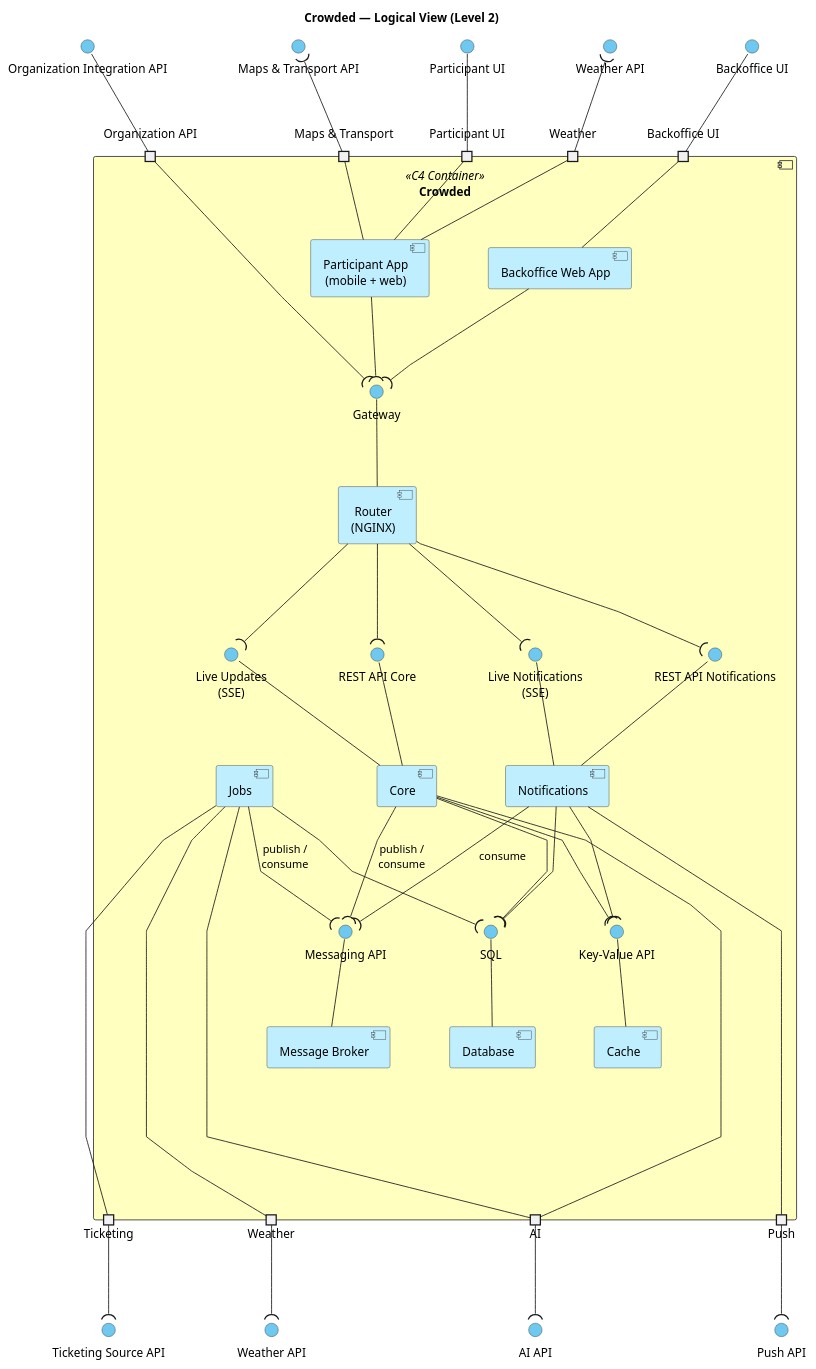
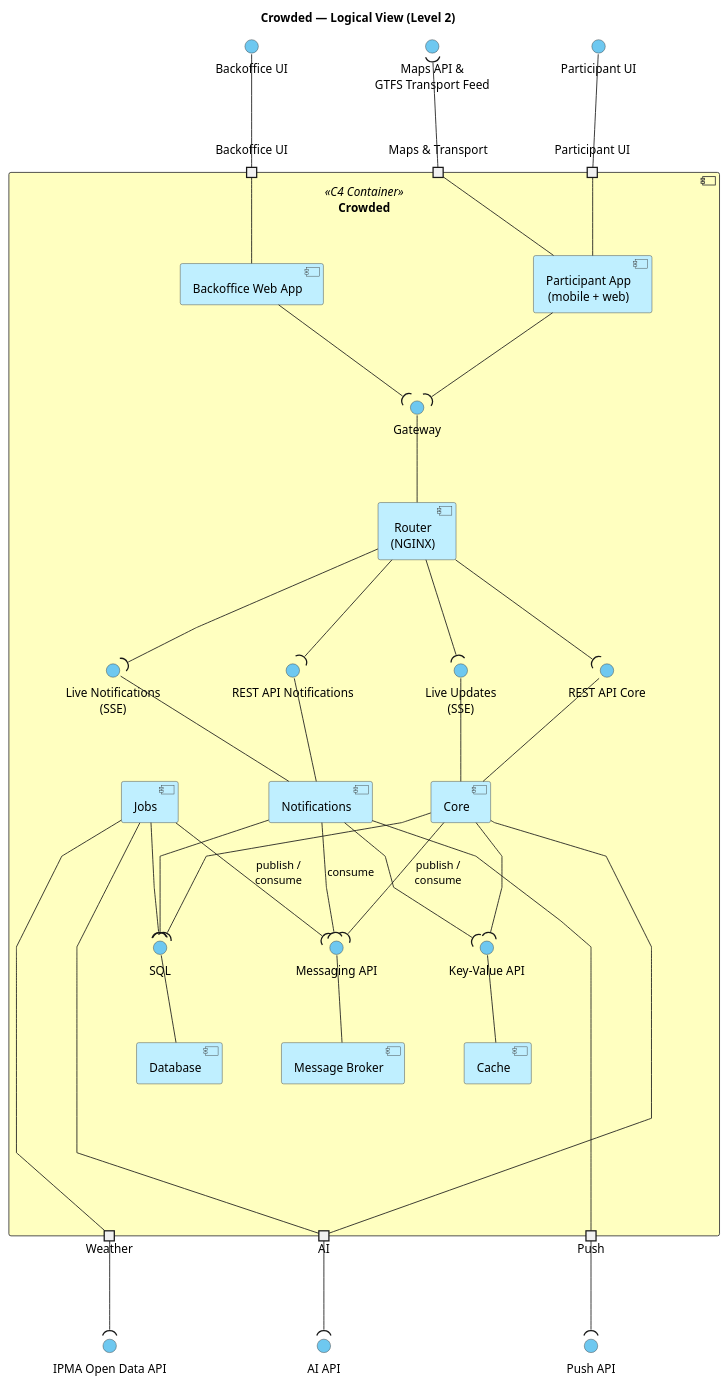
The diagram in docs/deliverables/diagrams/logical-view-level-2.puml (andrereis26/crowded-labdsof), drawn with PlantUML before and after one commit. The commit also changed 36 other files, not shown here.

```diff
--- a/docs/deliverables/diagrams/logical-view-level-2.puml
+++ b/docs/deliverables/diagrams/logical-view-level-2.puml
@@ -1,148 +1,136 @@
 @startuml logical-view-level-2
 ' Crowded — Logical View, Level 2 (C4 container view in UML component notation)
-' Sources: requirements.md (TR-001..TR-005, NFR-001..NFR-008, SR-010..SR-012), domain-model.puml
+' Sources: requirements.md (TR-002, TR-003, TR-007, TR-008, NFR-001..NFR-008, SR-012, SR-020), domain-model.puml
 
 title Crowded — Logical View (Level 2)
 
 skinparam componentStyle uml2
 skinparam shadowing false
 skinparam defaultTextAlignment center
 skinparam nodesep 70
 skinparam linetype polyline
 skinparam ranksep 80
 
 skinparam component {
   BackgroundColor #BFEFFF
   BorderColor #333333
   BackgroundColor<<C4 Container>> #FFFFC0
   BackgroundColor<<External System>> #EEEEEE
 }
 skinparam interface {
   BackgroundColor #6EC8F0
   BorderColor #333333
 }
 skinparam port {
   BackgroundColor #6EC8F0
   BorderColor #333333
 }
 
 ' ---------------------------------------------------------------------
 ' Actors and external systems
 ' ---------------------------------------------------------------------
 
 
-() "Ticketing Source API" as ITicketing
-() "Maps & Transport API" as IMaps
-() "Weather API" as IWeatherMobile
-() "Weather API" as IWeather
+() "Maps API &\nGTFS Transport Feed" as IMaps
+() "IPMA Open Data API" as IWeather
 () "AI API" as IAI
 () "Push API" as IPush
-() "Organization Integration API" as IOrgIntegration
 () "Participant UI" as MobileUI
 () "Backoffice UI" as BackofficeUI
 
 ' ---------------------------------------------------------------------
 ' Crowded system
 ' ---------------------------------------------------------------------
 component "Crowded" <<C4 Container>> as Crowded {
 
   portin "Participant UI" as pMobileUI
   portin "Backoffice UI" as pBackofficeUI
-  portin "Organization API" as pOrgApi
   portin "Maps & Transport" as pMaps
-  portin "Weather" as pMobileWeather
 
-  portout "Ticketing" as pTicketing
   portout "Weather" as pWeather
   portout "AI" as pAI
   portout "Push" as pPush
 
   component "Participant App\n(mobile + web)" as Mobile
   component "Backoffice Web App" as Backoffice
 
   component "Router\n(NGINX)" as Router
   () "Gateway" as IGateway
 
   component "Core" as Core
   () "REST API Core" as ICoreApi
   () "Live Updates\n(SSE)" as ICoreLive
 
   component "Notifications" as Notifications
   () "REST API Notifications" as INotifApi
   () "Live Notifications\n(SSE)" as INotifLive
 
   component "Jobs" as Jobs
 
   component "Message Broker" as Broker
   () "Messaging API" as IMessaging
 
   component "Database" as Database
   () "SQL" as ISql
 
   component "Cache" as Cache
   () "Key-Value API" as IKeyValue
 
   ' --- Clients and entry point
   pMobileUI -down- Mobile
   pBackofficeUI -down- Backoffice
   Router -up- IGateway
   Mobile -down-( IGateway
   Backoffice -down-( IGateway
-  pOrgApi -down-( IGateway
 
   ' --- Router routes to the public APIs
   Core -up- ICoreApi
   Core -up- ICoreLive
   Notifications -up- INotifApi
   Notifications -up- INotifLive
   Router -down-( ICoreApi
   Router -down-( ICoreLive
   Router -down-( INotifApi
   Router -down-( INotifLive
 
   ' --- Asynchronous messaging
   Broker -up- IMessaging
   Core -down-( IMessaging : publish /\nconsume
   Jobs -down-( IMessaging : publish /\nconsume
   Notifications -down-( IMessaging : consume
 
   ' --- Data
   Database -up- ISql
   Core -down-( ISql
   Jobs -down-( ISql
   Notifications -down-( ISql
 
   ' --- Cache: token revocation, rate limiting, read cache
   Cache -up- IKeyValue
   Core -down-( IKeyValue
   Notifications -down-( IKeyValue
 
   ' --- Outbound integrations
-  Jobs -down---- pTicketing
   Jobs -down---- pWeather
   Core -down---- pAI
   Jobs -down---- pAI
   Notifications -down---- pPush
   Mobile -up- pMaps
-  Mobile -up- pMobileWeather
 
   ' --- Layout hints
   Jobs -[hidden]right- Core
   Core -[hidden]right- Notifications
   Broker -[hidden]right- Database
   Database -[hidden]right- Cache
 }
 
 ' --- Boundary wiring
 pMobileUI -up- MobileUI
 pBackofficeUI -up- BackofficeUI
-pOrgApi -up- IOrgIntegration
-pTicketing -down-( ITicketing
 pWeather -down-( IWeather
 pAI -down-( IAI
 pPush -down-( IPush
 pMaps -up-( IMaps
-pMobileWeather -up-( IWeatherMobile
 
 
 @enduml
```
